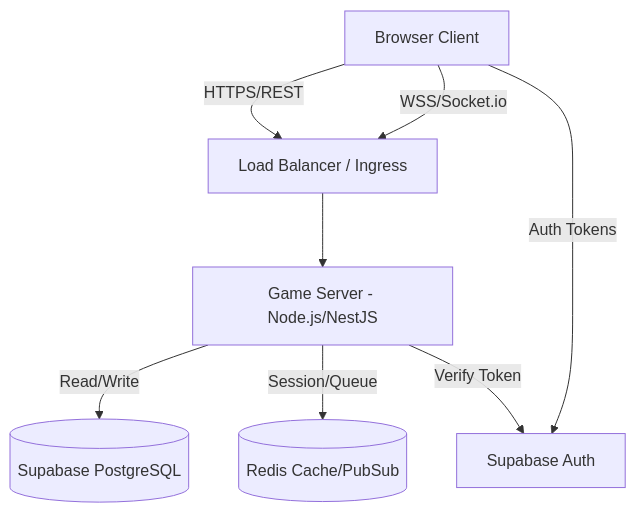
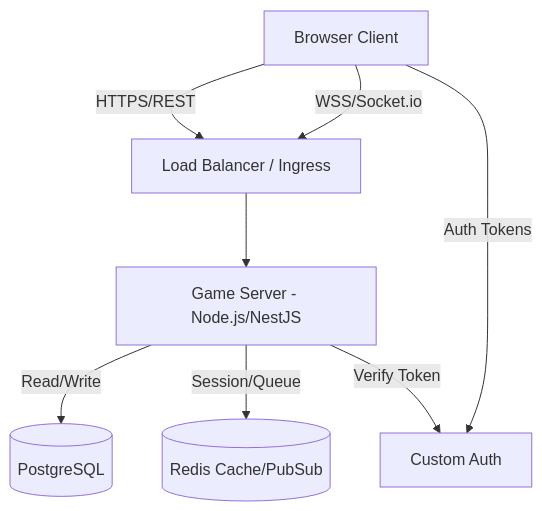
One commit to Lulzcritic/OxyCorp changed the first of 3 diagrams in docs/architecture.md. Above: the diagram before and after it, drawn with Mermaid. The commit also changed other lines of this file and 28 other files, not shown here.

Commit message:
Setup Playwright E2E and Docker PostgreSQL

````diff
--- a/docs/architecture.md
+++ b/docs/architecture.md
@@ -19,17 +19,17 @@
 ```mermaid
 graph TD
     User[Browser Client]
     LB[Load Balancer / Ingress]
     API[Game Server - Node.js/NestJS]
-    DB[(Supabase PostgreSQL)]
+    DB[(PostgreSQL)]
     Redis[(Redis Cache/PubSub)]
-    Auth[Supabase Auth]
+    Auth[Custom Auth]
 
     User -->|HTTPS/REST| LB
     User -->|WSS/Socket.io| LB
     LB --> API
     API -->|Read/Write| DB
     API -->|Session/Queue| Redis
     User -->|Auth Tokens| Auth
     API -->|Verify Token| Auth
 ```
````
